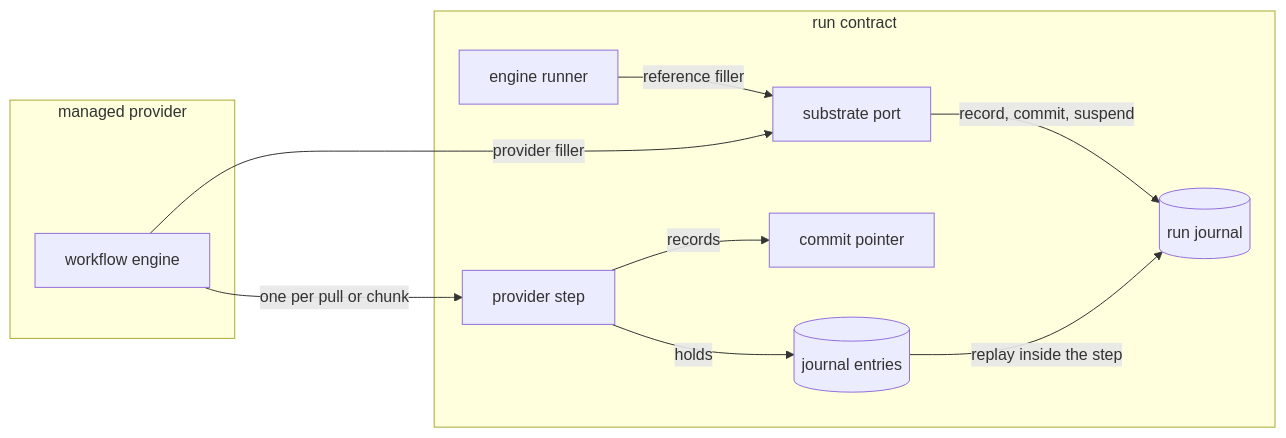
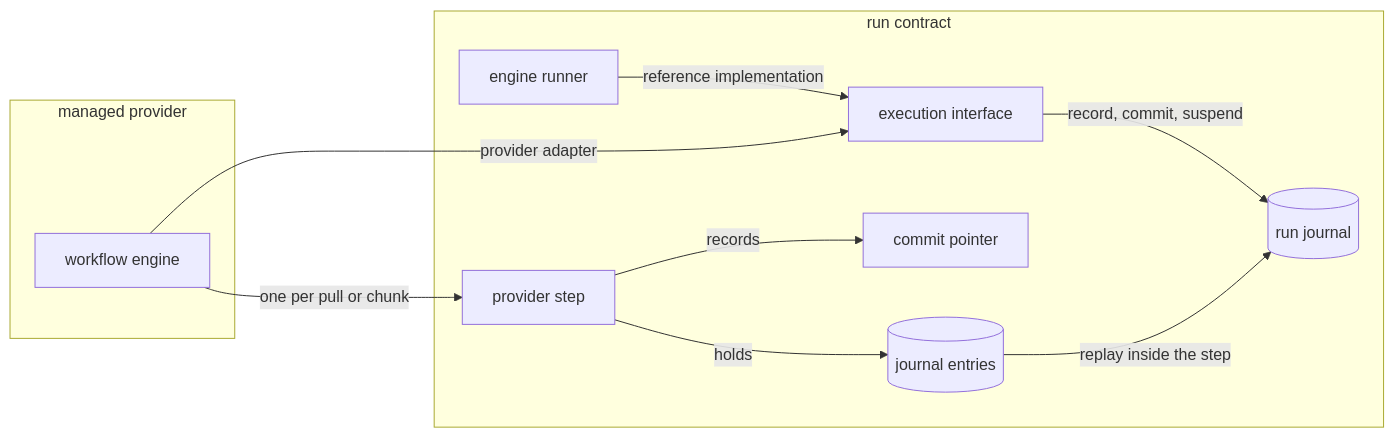
The sixth of 7 diagrams in spec/30-run.md (fractalboxdev/contextful), drawn with Mermaid before and after one commit. The commit also changed other lines of this file and 168 other files, not shown here.

````diff
--- a/spec/30-run.md
+++ b/spec/30-run.md
@@ -682,21 +681,21 @@
 ```mermaid
 flowchart LR
   subgraph run["run contract"]
-    PORT["substrate port"]
+    PORT["execution interface"]
     RUNNER["engine runner"]
     J[("run journal")]
     STEP["provider step"]
     PTR["commit pointer"]
     ENTRIES[("journal entries")]
   end
   subgraph provider["managed provider"]
     WF["workflow engine"]
   end
-  RUNNER -->|"reference filler"| PORT
-  WF -->|"provider filler"| PORT
+  RUNNER -->|"reference implementation"| PORT
+  WF -->|"provider adapter"| PORT
   PORT -->|"record, commit, suspend"| J
   WF -->|"one per pull or chunk"| STEP
   STEP -->|"records"| PTR
   STEP -->|"holds"| ENTRIES
   ENTRIES -->|"replay inside the step"| J
 ```
````
